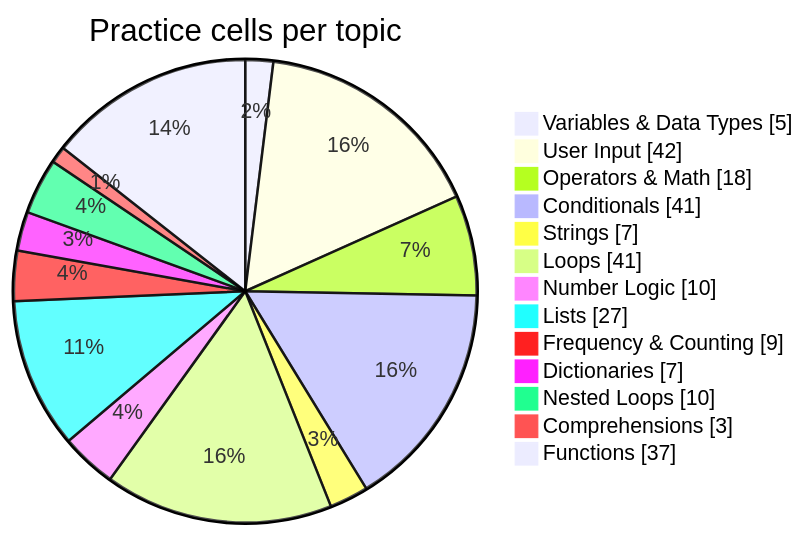
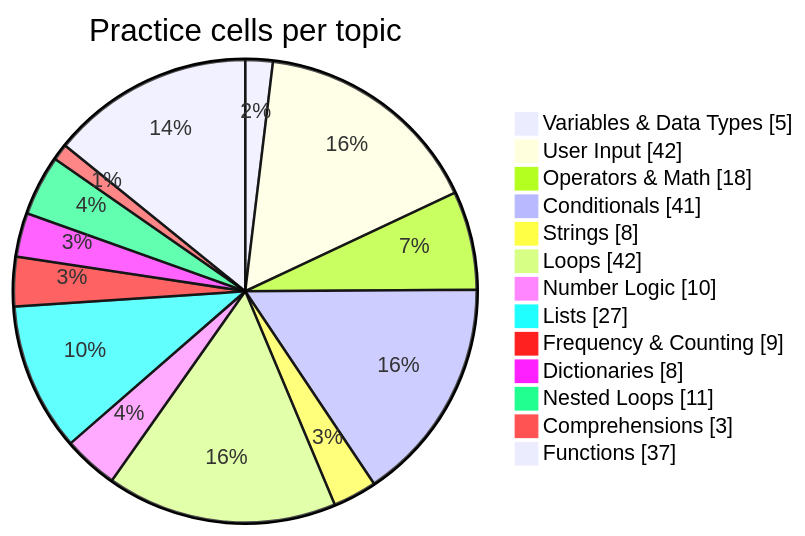
The diagram in README.md (Phantom2101/Python-Daily-Practice), drawn with Mermaid before and after one commit. The commit also changed other lines of this file and 1 other file, not shown here.

````diff
--- a/README.md
+++ b/README.md
@@ -126,16 +126,16 @@
 ```mermaid
 pie showData title Practice cells per topic
     "Variables & Data Types" : 5
     "User Input" : 42
     "Operators & Math" : 18
     "Conditionals" : 41
-    "Strings" : 7
-    "Loops" : 41
+    "Strings" : 8
+    "Loops" : 42
     "Number Logic" : 10
     "Lists" : 27
     "Frequency & Counting" : 9
-    "Dictionaries" : 7
-    "Nested Loops" : 10
+    "Dictionaries" : 8
+    "Nested Loops" : 11
     "Comprehensions" : 3
     "Functions" : 37
 ```
````
